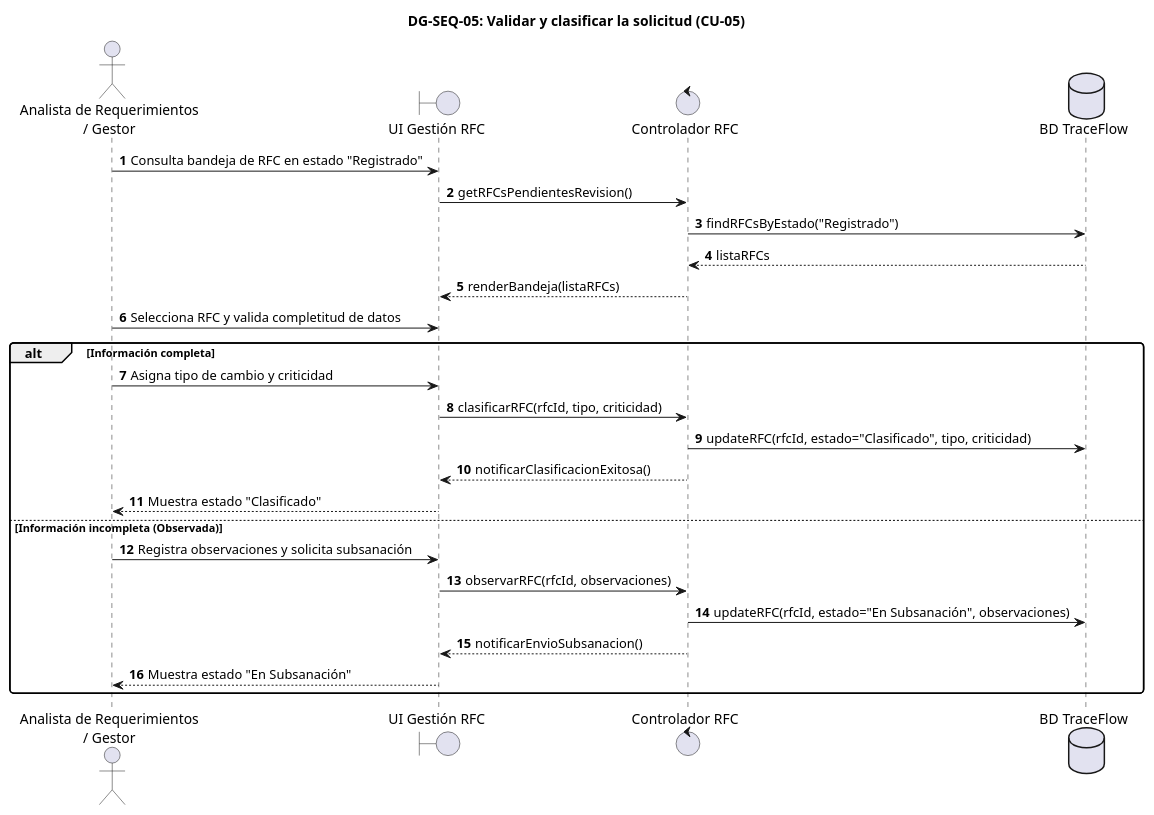
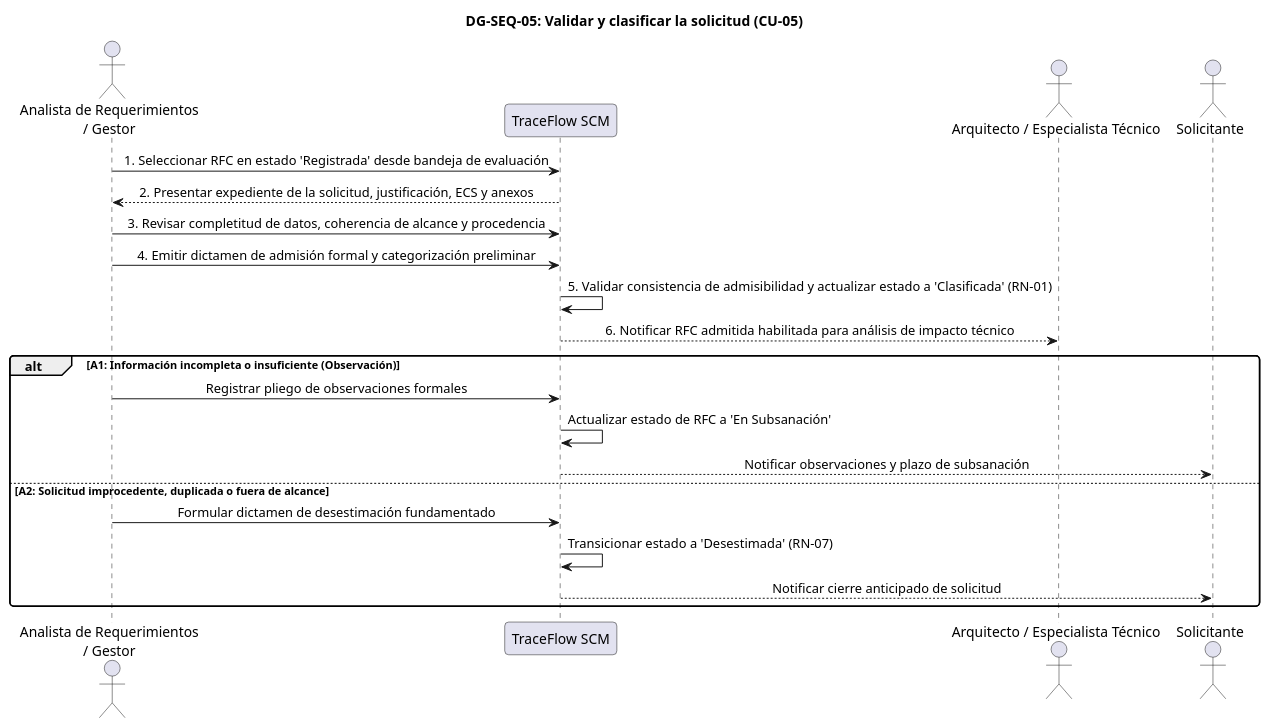
One commit to JMedina255/TraceFlow changed diagram 18 of 44 in FD03-EPIS-Informe_SRS.md. Above: the diagram before and after it, drawn with PlantUML. The commit also changed other lines of this file and 2 other files, not shown here.

First line of the commit message:
docs(diagrams): refactorizar diagramas de secuencia DG-SEQ-01 a DG-SEQ-30 a nivel de analisis 1:1

````diff
--- a/FD03-EPIS-Informe_SRS.md
+++ b/FD03-EPIS-Informe_SRS.md
@@ -4260,36 +4296,33 @@
 ```plantuml
-@startuml
+@startuml DG-SEQ-05
 skinparam shadowing false
 skinparam roundcorner 8
 skinparam defaultFontName Arial
-autonumber
+skinparam sequenceMessageAlign center
 
 title <b>DG-SEQ-05: Validar y clasificar la solicitud (CU-05)</b>
 
-actor "Analista de Requerimientos\n/ Gestor" as ACT
-boundary "UI Gestión RFC" as UI
-control "Controlador RFC" as CTRL
-database "BD TraceFlow" as DB
+actor "Analista de Requerimientos\n/ Gestor" as Analista
+participant "TraceFlow SCM" as Sistema
+actor "Arquitecto / Especialista Técnico" as Arquitecto
+actor "Solicitante" as Solicitante
 
-ACT -> UI : Consulta bandeja de RFC en estado "Registrado"
-UI -> CTRL : getRFCsPendientesRevision()
-CTRL -> DB : findRFCsByEstado("Registrado")
-DB --> CTRL : listaRFCs
-CTRL --> UI : renderBandeja(listaRFCs)
+Analista -> Sistema: 1. Seleccionar RFC en estado 'Registrada' desde bandeja de evaluación
+Sistema --> Analista: 2. Presentar expediente de la solicitud, justificación, ECS y anexos
+Analista -> Sistema: 3. Revisar completitud de datos, coherencia de alcance y procedencia
+Analista -> Sistema: 4. Emitir dictamen de admisión formal y categorización preliminar
+Sistema -> Sistema: 5. Validar consistencia de admisibilidad y actualizar estado a 'Clasificada' (RN-01)
+Sistema --> Arquitecto: 6. Notificar RFC admitida habilitada para análisis de impacto técnico
 
-ACT -> UI : Selecciona RFC y valida completitud de datos
-alt Información completa
-    ACT -> UI : Asigna tipo de cambio y criticidad
-    UI -> CTRL : clasificarRFC(rfcId, tipo, criticidad)
-    CTRL -> DB : updateRFC(rfcId, estado="Clasificado", tipo, criticidad)
-    CTRL --> UI : notificarClasificacionExitosa()
-    UI --> ACT : Muestra estado "Clasificado"
-else Información incompleta (Observada)
-    ACT -> UI : Registra observaciones y solicita subsanación
-    UI -> CTRL : observarRFC(rfcId, observaciones)
-    CTRL -> DB : updateRFC(rfcId, estado="En Subsanación", observaciones)
-    CTRL --> UI : notificarEnvioSubsanacion()
-    UI --> ACT : Muestra estado "En Subsanación"
+alt A1: Información incompleta o insuficiente (Observación)
+  Analista -> Sistema: Registrar pliego de observaciones formales
+  Sistema -> Sistema: Actualizar estado de RFC a 'En Subsanación'
+  Sistema --> Solicitante: Notificar observaciones y plazo de subsanación
+else A2: Solicitud improcedente, duplicada o fuera de alcance
+  Analista -> Sistema: Formular dictamen de desestimación fundamentado
+  Sistema -> Sistema: Transicionar estado a 'Desestimada' (RN-07)
+  Sistema --> Solicitante: Notificar cierre anticipado de solicitud
 end
+
 @enduml
 ```
````
